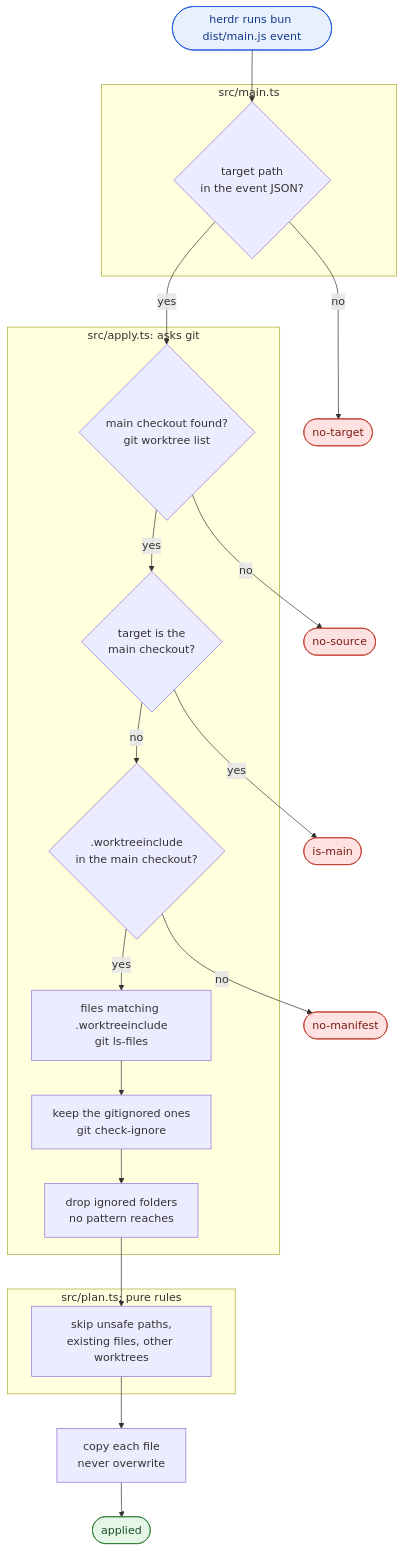
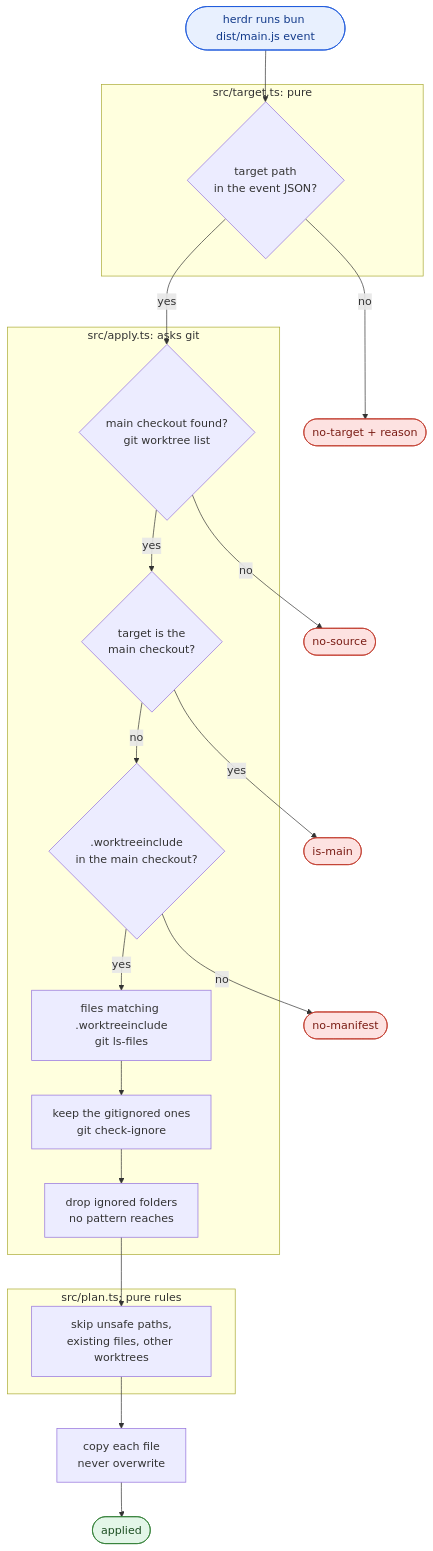
One commit to heyfirst/herdr-worktree-include changed the second of 3 diagrams in CONTEXT.md. Above: the diagram before and after it, drawn with Mermaid. The commit also changed other lines of this file and 12 other files, not shown here.

````diff
--- a/CONTEXT.md
+++ b/CONTEXT.md
@@ -86,40 +88,40 @@
 ```mermaid
 flowchart TD
     start([herdr runs bun dist/main.js event])
 
-    subgraph main["src/main.ts"]
+    subgraph main["src/target.ts: pure"]
         B{target path<br/>in the event JSON?}
     end
 
     subgraph apply["src/apply.ts: asks git"]
         C{main checkout found?<br/>git worktree list}
         D{target is the<br/>main checkout?}
         E{.worktreeinclude<br/>in the main checkout?}
         F[files matching .worktreeinclude<br/>git ls-files]
         G[keep the gitignored ones<br/>git check-ignore]
         H[drop ignored folders<br/>no pattern reaches]
     end
 
     subgraph pure["src/plan.ts: pure rules"]
         I[skip unsafe paths,<br/>existing files, other worktrees]
     end
 
     J[copy each file<br/>never overwrite]
 
     start --> B
-    B -- no --> X1([no-target])
+    B -- no --> X1([no-target + reason])
     B -- yes --> C
     C -- no --> X2([no-source])
     C -- yes --> D
     D -- yes --> X3([is-main])
     D -- no --> E
     E -- no --> X4([no-manifest])
     E -- yes --> F --> G --> H --> I --> J --> OK([applied])
 
     classDef stop fill:#fde2e1,stroke:#c0392b,color:#7a1c14
     classDef done fill:#e3f6e8,stroke:#2e7d32,color:#1b4d20
     classDef entry fill:#e8f0fe,stroke:#1a56db,color:#123a8a
     class X1,X2,X3,X4 stop
     class OK done
     class start entry
 ```
````
